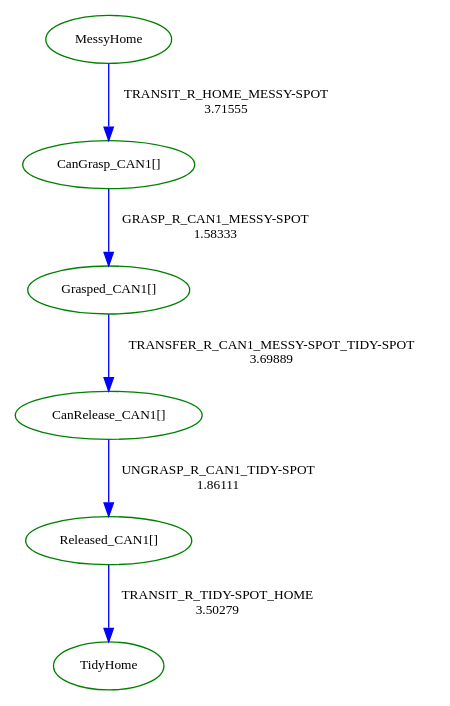
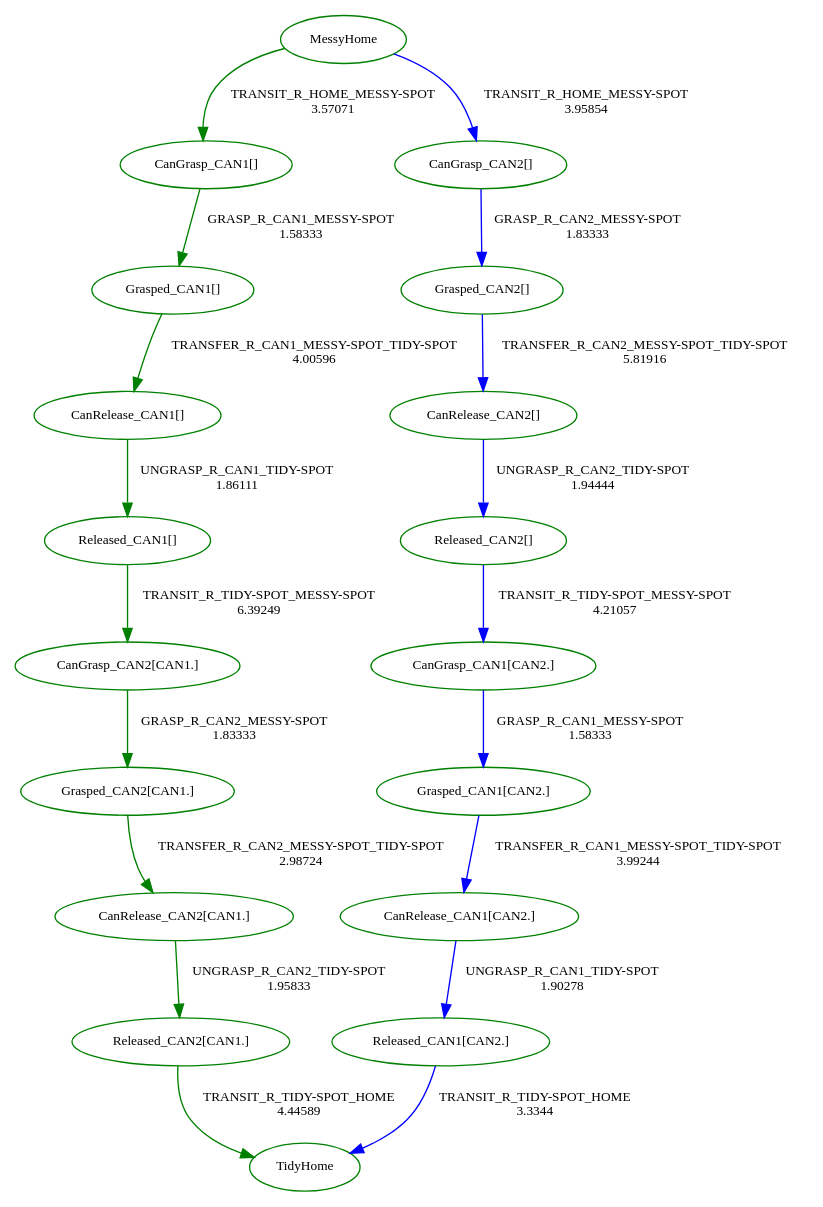
Before and after one commit to tttor/hiroken-ros-pkg: the diagram in planner_manager/tmg/tmg.dot, drawn with Graphviz. The commit also changed 6 other files, not shown here.

```diff
--- a/planner_manager/tmg/tmg.dot
+++ b/planner_manager/tmg/tmg.dot
@@ -1,13 +1,38 @@
 digraph G {
 0[label="MessyHome",fontsize="10",color="green"];
 1[label="TidyHome",fontsize="10",color="green"];
 2[label="CanGrasp_CAN1[]",fontsize="10",color="green"];
 3[label="Grasped_CAN1[]",fontsize="10",color="green"];
 4[label="CanRelease_CAN1[]",fontsize="10",color="green"];
 5[label="Released_CAN1[]",fontsize="10",color="green"];
-0->2 [label="TRANSIT_R_HOME_MESSY-SPOT\n3.71555",fontsize="10",color="blue"];
-2->3 [label="GRASP_R_CAN1_MESSY-SPOT\n1.58333",fontsize="10",color="blue"];
-3->4 [label="TRANSFER_R_CAN1_MESSY-SPOT_TIDY-SPOT\n3.69889",fontsize="10",color="blue"];
-4->5 [label="UNGRASP_R_CAN1_TIDY-SPOT\n1.86111",fontsize="10",color="blue"];
-5->1 [label="TRANSIT_R_TIDY-SPOT_HOME\n3.50279",fontsize="10",color="blue"];
+6[label="CanGrasp_CAN2[CAN1.]",fontsize="10",color="green"];
+7[label="Grasped_CAN2[CAN1.]",fontsize="10",color="green"];
+8[label="CanRelease_CAN2[CAN1.]",fontsize="10",color="green"];
+9[label="Released_CAN2[CAN1.]",fontsize="10",color="green"];
+10[label="CanGrasp_CAN2[]",fontsize="10",color="green"];
+11[label="Grasped_CAN2[]",fontsize="10",color="green"];
+12[label="CanRelease_CAN2[]",fontsize="10",color="green"];
+13[label="Released_CAN2[]",fontsize="10",color="green"];
+14[label="CanGrasp_CAN1[CAN2.]",fontsize="10",color="green"];
+15[label="Grasped_CAN1[CAN2.]",fontsize="10",color="green"];
+16[label="CanRelease_CAN1[CAN2.]",fontsize="10",color="green"];
+17[label="Released_CAN1[CAN2.]",fontsize="10",color="green"];
+0->2 [label="TRANSIT_R_HOME_MESSY-SPOT\n3.57071",fontsize="10",color="green"];
+2->3 [label="GRASP_R_CAN1_MESSY-SPOT\n1.58333",fontsize="10",color="green"];
+3->4 [label="TRANSFER_R_CAN1_MESSY-SPOT_TIDY-SPOT\n4.00596",fontsize="10",color="green"];
+4->5 [label="UNGRASP_R_CAN1_TIDY-SPOT\n1.86111",fontsize="10",color="green"];
+5->6 [label="TRANSIT_R_TIDY-SPOT_MESSY-SPOT\n6.39249",fontsize="10",color="green"];
+6->7 [label="GRASP_R_CAN2_MESSY-SPOT\n1.83333",fontsize="10",color="green"];
+7->8 [label="TRANSFER_R_CAN2_MESSY-SPOT_TIDY-SPOT\n2.98724",fontsize="10",color="green"];
+8->9 [label="UNGRASP_R_CAN2_TIDY-SPOT\n1.95833",fontsize="10",color="green"];
+9->1 [label="TRANSIT_R_TIDY-SPOT_HOME\n4.44589",fontsize="10",color="green"];
+0->10 [label="TRANSIT_R_HOME_MESSY-SPOT\n3.95854",fontsize="10",color="blue"];
+10->11 [label="GRASP_R_CAN2_MESSY-SPOT\n1.83333",fontsize="10",color="blue"];
+11->12 [label="TRANSFER_R_CAN2_MESSY-SPOT_TIDY-SPOT\n5.81916",fontsize="10",color="blue"];
+12->13 [label="UNGRASP_R_CAN2_TIDY-SPOT\n1.94444",fontsize="10",color="blue"];
+13->14 [label="TRANSIT_R_TIDY-SPOT_MESSY-SPOT\n4.21057",fontsize="10",color="blue"];
+14->15 [label="GRASP_R_CAN1_MESSY-SPOT\n1.58333",fontsize="10",color="blue"];
+15->16 [label="TRANSFER_R_CAN1_MESSY-SPOT_TIDY-SPOT\n3.99244",fontsize="10",color="blue"];
+16->17 [label="UNGRASP_R_CAN1_TIDY-SPOT\n1.90278",fontsize="10",color="blue"];
+17->1 [label="TRANSIT_R_TIDY-SPOT_HOME\n3.3344",fontsize="10",color="blue"];
 }
```
